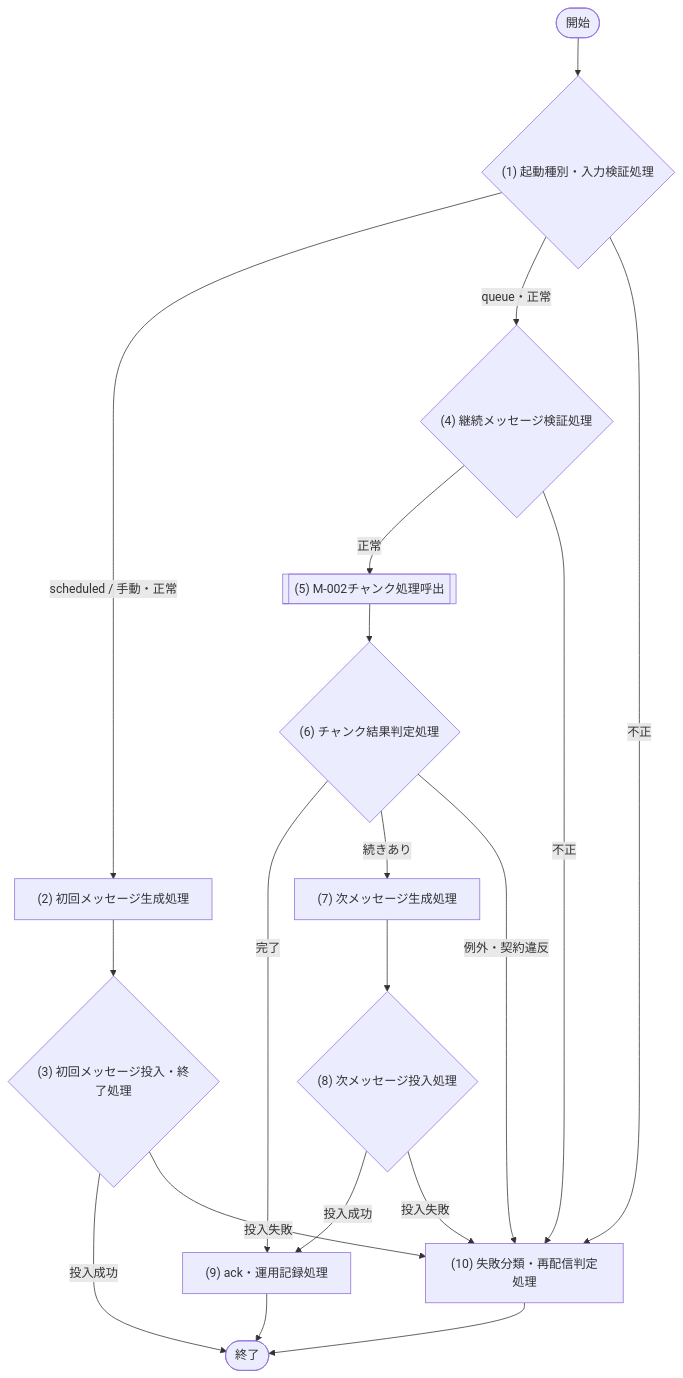
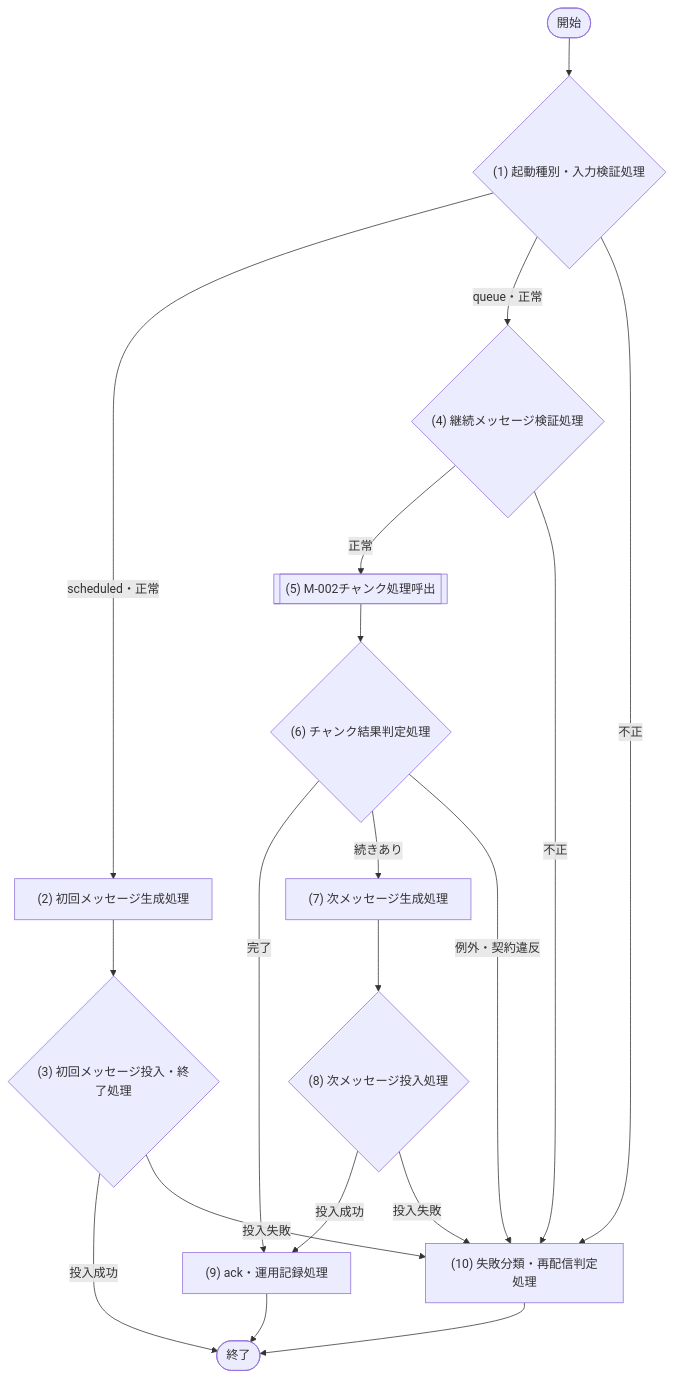
Before and after one commit to sikakou54/system-document-template: the diagram in テンプレート/07_JOB設計.md, drawn with Mermaid. The commit also changed other lines of this file and 9 other files, not shown here.

First line of the commit message:
docs: 残構造指摘4件を修正(#35 SP順序/#58 構成図/#54 再試行主体/#131 手動入口廃止)

````diff
--- a/テンプレート/07_JOB設計.md
+++ b/テンプレート/07_JOB設計.md
@@ -78,30 +77,30 @@
 ```mermaid
 flowchart TD
     Start([開始])
     P1{"(1) 起動種別・入力検証処理"}
     P2["(2) 初回メッセージ生成処理"]
     P3{"(3) 初回メッセージ投入・終了処理"}
     P4{"(4) 継続メッセージ検証処理"}
     P5[["(5) M-002チャンク処理呼出"]]
     P6{"(6) チャンク結果判定処理"}
     P7["(7) 次メッセージ生成処理"]
     P8{"(8) 次メッセージ投入処理"}
     P9["(9) ack・運用記録処理"]
     P10["(10) 失敗分類・再配信判定処理"]
     End([終了])
 
     Start --> P1
-    P1 -- "scheduled / 手動・正常" --> P2 --> P3
+    P1 -- "scheduled・正常" --> P2 --> P3
     P3 -- "投入成功" --> End
     P1 -- "queue・正常" --> P4
     P4 -- "正常" --> P5 --> P6
     P1 -- "不正" --> P10
     P4 -- "不正" --> P10
     P6 -- "完了" --> P9 --> End
     P6 -- "続きあり" --> P7 --> P8
     P8 -- "投入成功" --> P9
     P6 -- "例外・契約違反" --> P10
     P3 -- "投入失敗" --> P10
     P8 -- "投入失敗" --> P10
     P10 --> End
 ```
````
